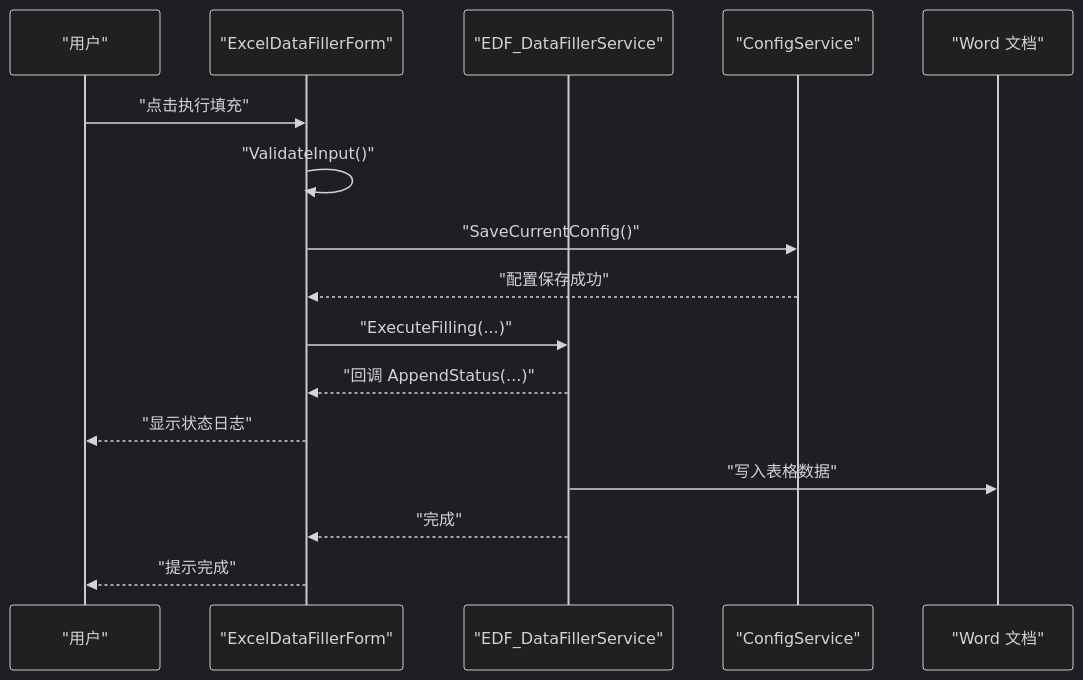
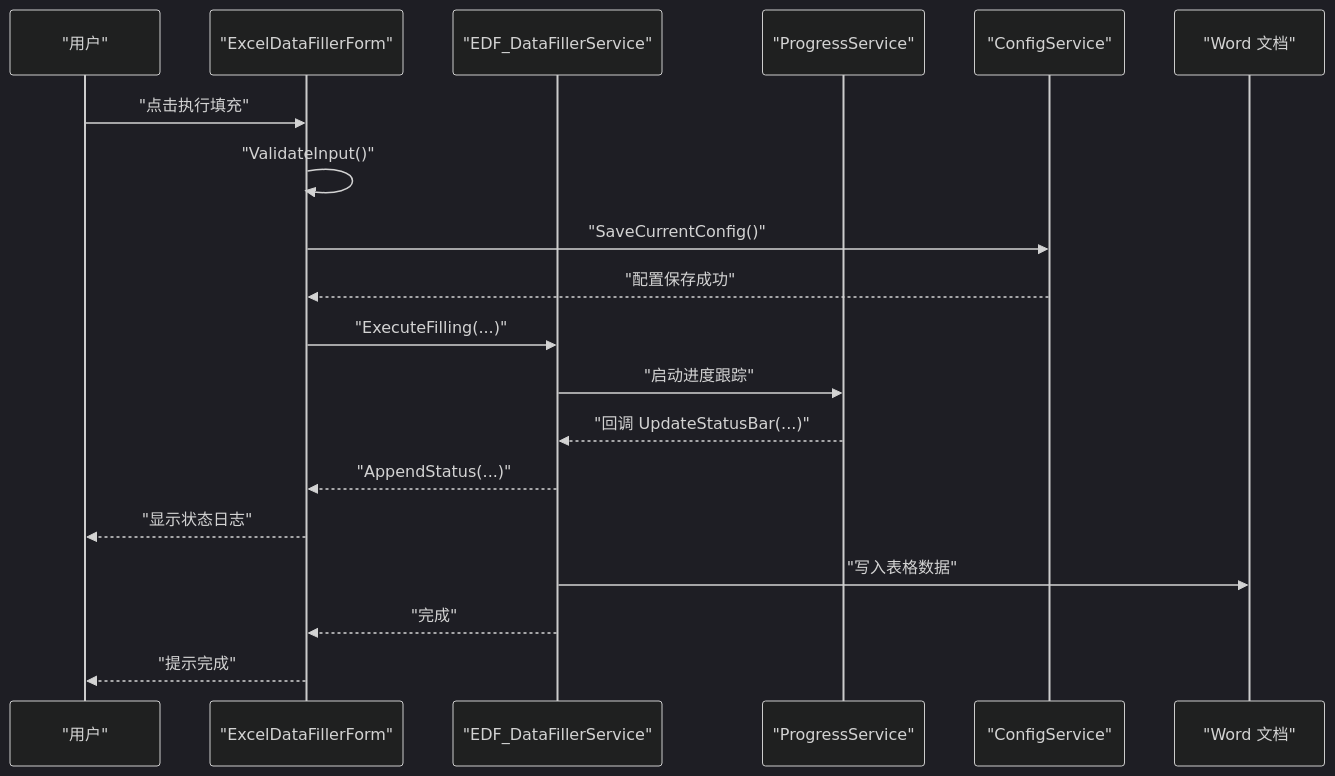
Before and after one commit to rainiva/WordTools: the sixth of 10 diagrams in .qoder/repowiki/zh/content/界面组件/界面组件.md, drawn with Mermaid (dark theme). The commit also changed other lines of this file and 8 other files, not shown here.

Commit message:
perf: 大表格插图性能优化-清理编号与计算起始号瓶颈修复+诊断计时

````diff
--- a/.qoder/repowiki/zh/content/界面组件/界面组件.md
+++ b/.qoder/repowiki/zh/content/界面组件/界面组件.md
@@ -284,18 +305,21 @@
 ```mermaid
 sequenceDiagram
 participant User as "用户"
 participant Form as "ExcelDataFillerForm"
 participant Service as "EDF_DataFillerService"
+participant Progress as "ProgressService"
 participant Config as "ConfigService"
 participant Word as "Word 文档"
 User->>Form : "点击执行填充"
 Form->>Form : "ValidateInput()"
 Form->>Config : "SaveCurrentConfig()"
 Config-->>Form : "配置保存成功"
 Form->>Service : "ExecuteFilling(...)"
-Service-->>Form : "回调 AppendStatus(...)"
+Service->>Progress : "启动进度跟踪"
+Progress-->>Service : "回调 UpdateStatusBar(...)"
+Service-->>Form : "AppendStatus(...)"
 Form-->>User : "显示状态日志"
 Service->>Word : "写入表格数据"
 Service-->>Form : "完成"
 Form-->>User : "提示完成"
 ```
````
